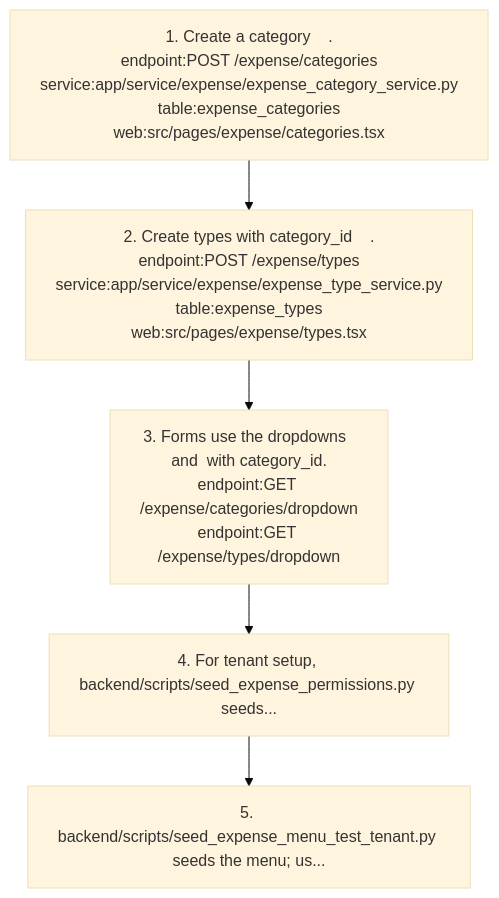
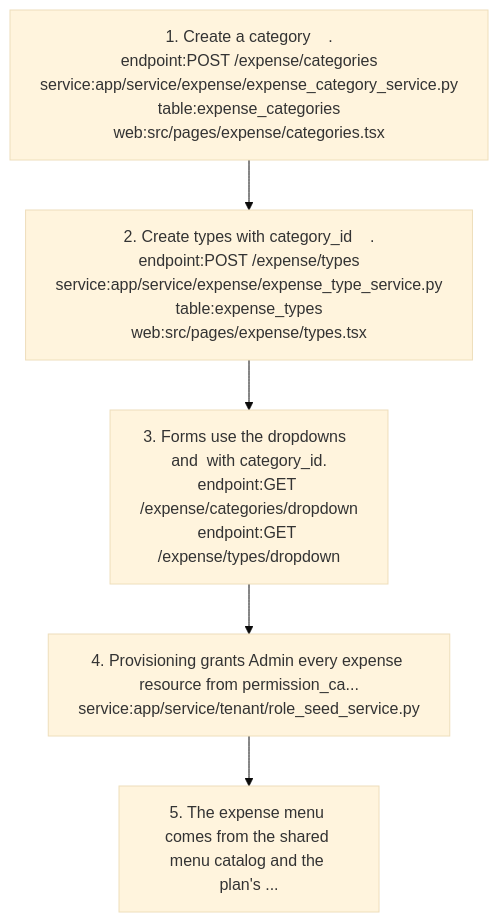
The fourth of 5 diagrams in docs/graph/views/expense.md (nerellasraj21/cos360_full_app), drawn with Mermaid (base theme) before and after one commit. The commit also changed other lines of this file and 44 other files, not shown here.

First line of the commit message:
Re-verify project docs and knowledge graph against current code

````diff
--- a/docs/graph/views/expense.md
+++ b/docs/graph/views/expense.md
@@ -198,12 +198,12 @@
 ```mermaid
 flowchart TD
   s1["1. Create a category    .<br/>endpoint:POST /expense/categories<br/>service:app/service/expense/expense_category_service.py<br/>table:expense_categories<br/>web:src/pages/expense/categories.tsx"]
   s2["2. Create types with category_id    .<br/>endpoint:POST /expense/types<br/>service:app/service/expense/expense_type_service.py<br/>table:expense_types<br/>web:src/pages/expense/types.tsx"]
   s1 --> s2
   s3["3. Forms use the dropdowns  and  with category_id.<br/>endpoint:GET /expense/categories/dropdown<br/>endpoint:GET /expense/types/dropdown"]
   s2 --> s3
-  s4["4. For tenant setup, backend/scripts/seed_expense_permissions.py seeds..."]
+  s4["4. Provisioning grants Admin every expense resource from permission_ca...<br/>service:app/service/tenant/role_seed_service.py"]
   s3 --> s4
-  s5["5. backend/scripts/seed_expense_menu_test_tenant.py seeds the menu; us..."]
+  s5["5. The expense menu comes from the shared menu catalog and the plan's ..."]
   s4 --> s5
 ```
````
